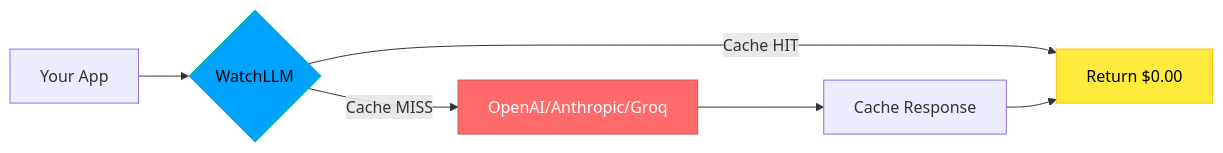
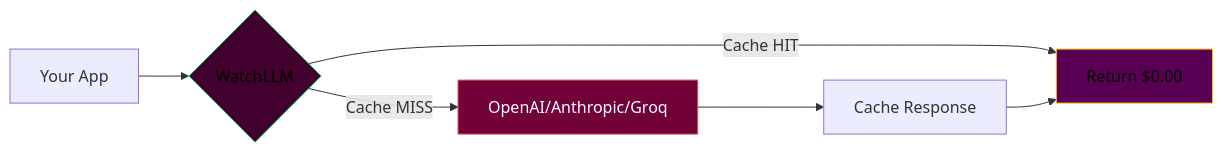
The first of 2 diagrams in README.md (kaadipranav/kaadipranav), drawn with Mermaid before and after one commit. The commit also changed other lines of this file, not shown here.

Commit message:
Update badge colors and GitHub stars link

````diff
--- a/README.md
+++ b/README.md
@@ -27,11 +26,11 @@
 ```mermaid
 graph LR
     A[Your App] --> B{WatchLLM}
     B -->|Cache HIT| C[Return $0.00]
     B -->|Cache MISS| D[OpenAI/Anthropic/Groq]
     D --> E[Cache Response]
     E --> C
-    style B fill:#00a2ff,stroke:#00cc66,color:#000
-    style C fill:#ffeb3b,stroke:#ffc107,color:#000
-    style D fill:#ff6b6b,stroke:#cc5555,color:#fff
+    style B fill:#42002e,stroke:#00cc66,color:#000
+    style C fill:#590054,stroke:#ffc107,color:#000
+    style D fill:#720137,stroke:#cc5555,color:#fff
 ```
````
